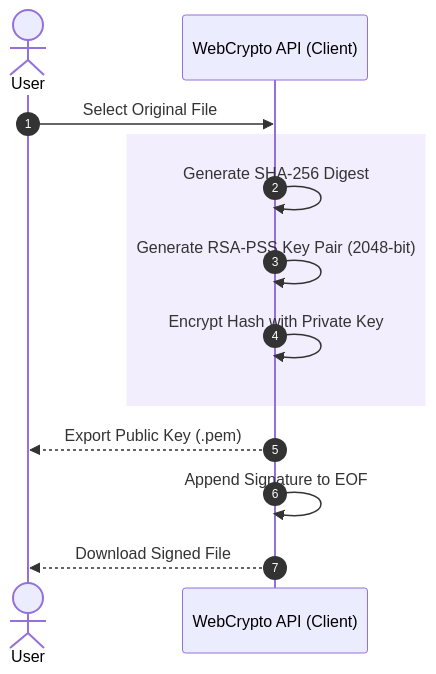
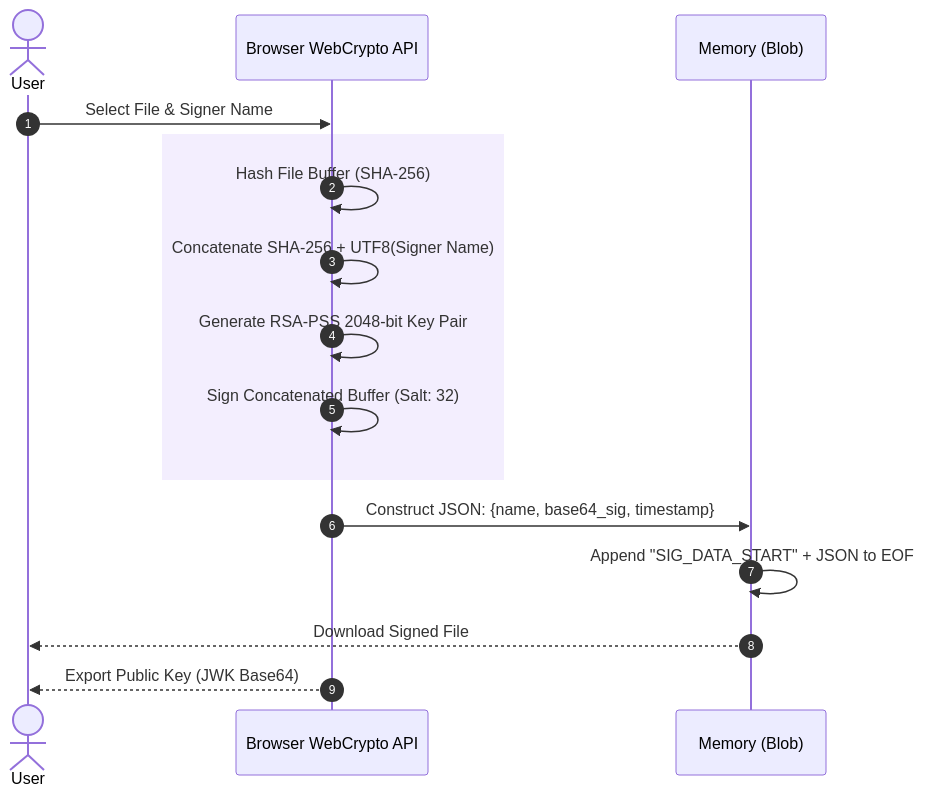
The first of 3 diagrams in README.md (kirtanpatel2201/CryptoSeal), drawn with Mermaid before and after one commit. The commit also changed other lines of this file, not shown here.

Commit message:
docs: Deep architectural rewrite of README for 100% technical accuracy

````diff
--- a/README.md
+++ b/README.md
@@ -59,16 +65,19 @@
 ```mermaid
 sequenceDiagram
     autonumber
     actor User
-    participant Browser as WebCrypto API (Client)
+    participant WebCrypto as Browser WebCrypto API
+    participant Mem as Memory (Blob)
     
-    User->>Browser: Select Original File
+    User->>WebCrypto: Select File & Signer Name
     rect rgba(139, 92, 246, 0.1)
-    Browser->>Browser: Generate SHA-256 Digest
-    Browser->>Browser: Generate RSA-PSS Key Pair (2048-bit)
-    Browser->>Browser: Encrypt Hash with Private Key
+    WebCrypto->>WebCrypto: Hash File Buffer (SHA-256)
+    WebCrypto->>WebCrypto: Concatenate SHA-256 + UTF8(Signer Name)
+    WebCrypto->>WebCrypto: Generate RSA-PSS 2048-bit Key Pair
+    WebCrypto->>WebCrypto: Sign Concatenated Buffer (Salt: 32)
     end
-    Browser-->>User: Export Public Key (.pem)
-    Browser->>Browser: Append Signature to EOF
-    Browser-->>User: Download Signed File
+    WebCrypto->>Mem: Construct JSON: {name, base64_sig, timestamp}
+    Mem->>Mem: Append "SIG_DATA_START" + JSON to EOF
+    Mem-->>User: Download Signed File
+    WebCrypto-->>User: Export Public Key (JWK Base64)
 ```
````
